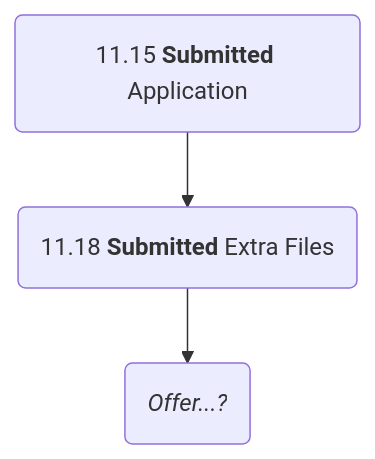
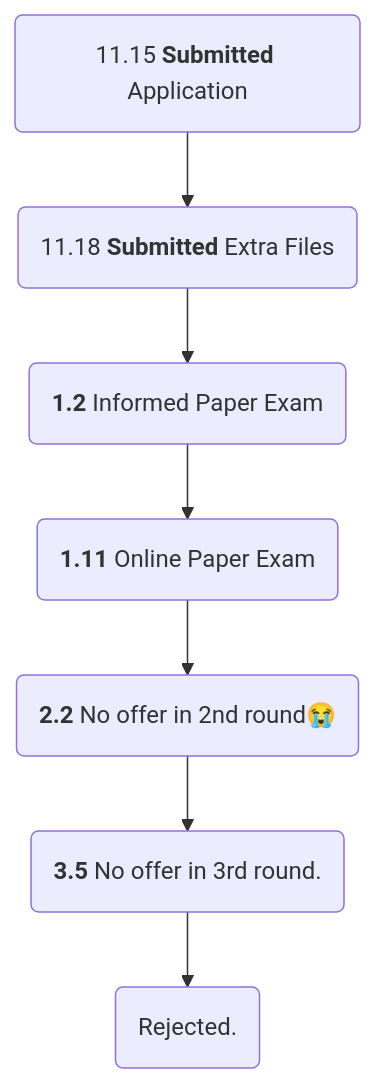
Diagram 11 of 14 in _posts/2023-12-15-24Fall申请记录.md (Revive-dontwanttocode/Revive-dontwanttocode.github.io), drawn with Mermaid before and after one commit. The commit also changed other lines of this file and 2 other files, not shown here.

````diff
--- a/_posts/2023-12-15-24Fall申请记录.md
+++ b/_posts/2023-12-15-24Fall申请记录.md
@@ -212,7 +223,11 @@
 ```mermaid
 flowchart
     Stage1("`11.15 **Submitted** Application`")
     SubmitExtraFiles("`11.18 **Submitted** Extra Files`")
-    Stage2("`*Offer...?*`")
-    Stage1 --> SubmitExtraFiles --> Stage2
+    Stage2("`Rejected.`")
+    Stage3("`**1.2** Informed Paper Exam`")
+    Stage4("`**1.11** Online Paper Exam`")
+    NoOffer("`**2.2** No offer in 2nd round😭`")
+    NoOffer2("`**3.5** No offer in 3rd round.`")
+    Stage1 --> SubmitExtraFiles --> Stage3 --> Stage4 --> NoOffer --> NoOffer2 --> Stage2
 ```
````
